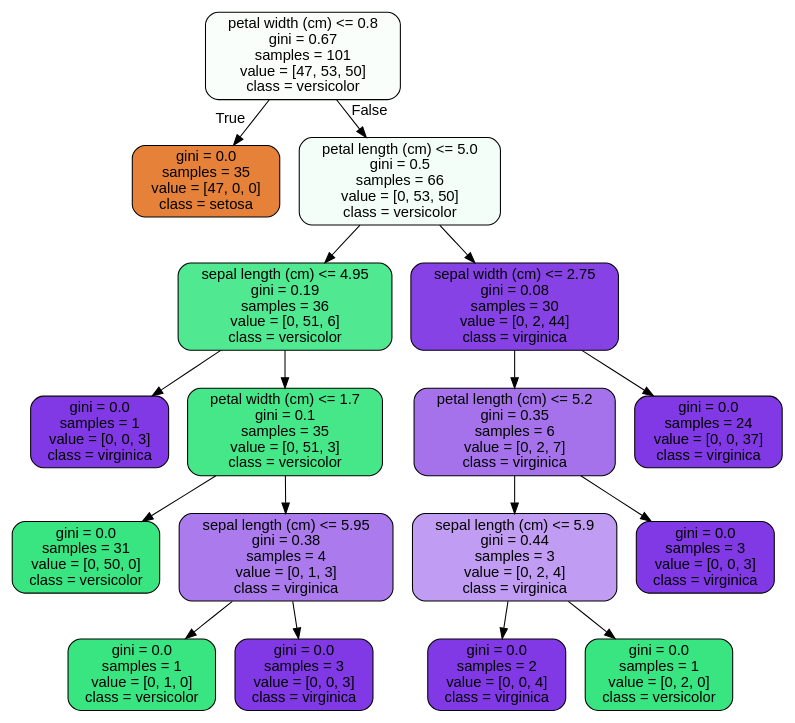
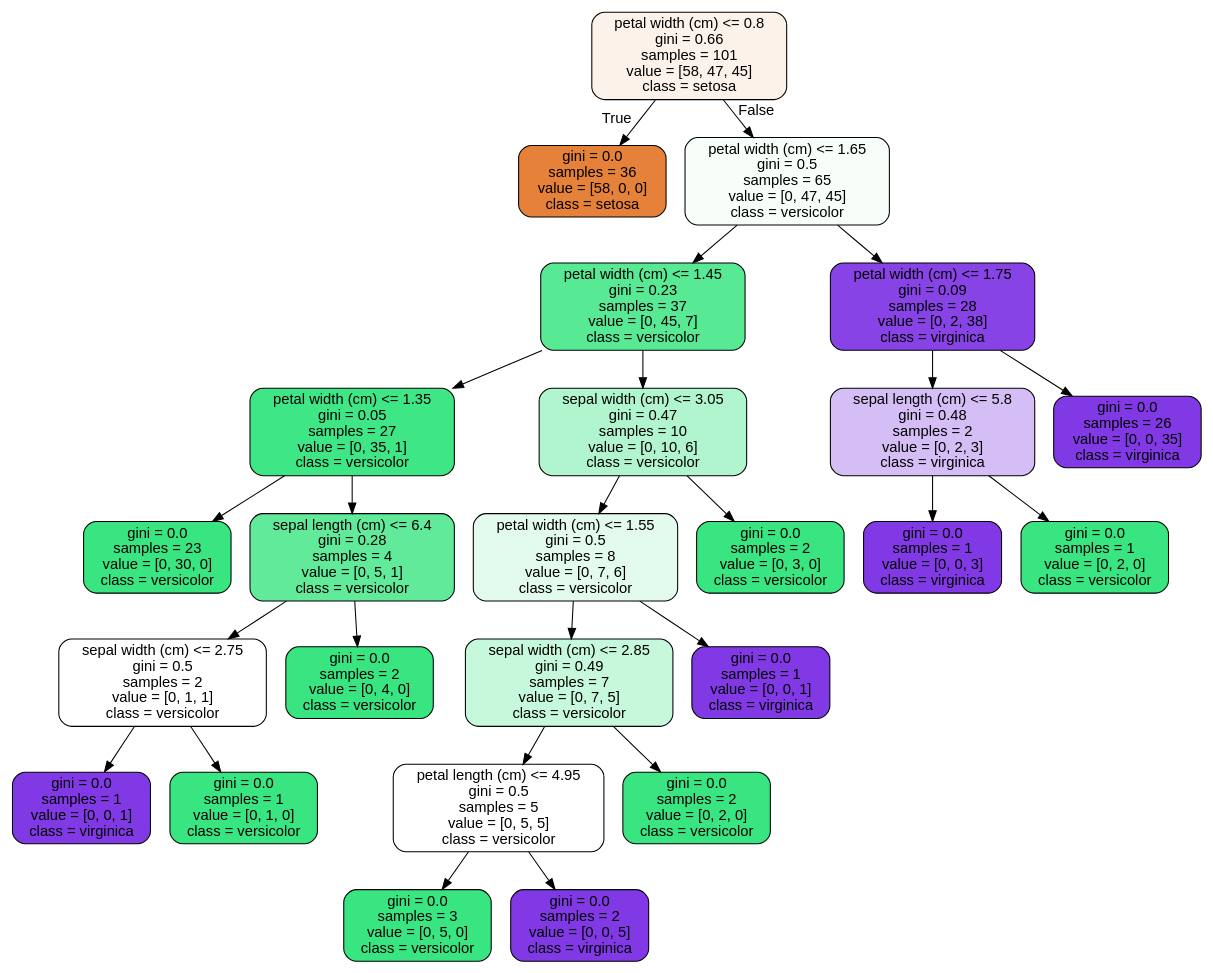
One commit to Dylan-C-Neal/Springboard-Data-Science-Career-Track changed the diagram in RandomForest Covid Case Study_06302020/tree.dot. Above: the diagram before and after it, drawn with Graphviz. The commit also changed 2 other files, not shown here.

```diff
--- a/RandomForest Covid Case Study_06302020/tree.dot
+++ b/RandomForest Covid Case Study_06302020/tree.dot
@@ -1,37 +1,53 @@
 digraph Tree {
 node [shape=box, style="filled, rounded", color="black", fontname=helvetica] ;
 edge [fontname=helvetica] ;
-0 [label="petal width (cm) <= 0.8\ngini = 0.67\nsamples = 101\nvalue = [47, 53, 50]\nclass = versicolor", fillcolor="#f9fefb"] ;
-1 [label="gini = 0.0\nsamples = 35\nvalue = [47, 0, 0]\nclass = setosa", fillcolor="#e58139"] ;
+0 [label="petal width (cm) <= 0.8\ngini = 0.66\nsamples = 101\nvalue = [58, 47, 45]\nclass = setosa", fillcolor="#fcf2ea"] ;
+1 [label="gini = 0.0\nsamples = 36\nvalue = [58, 0, 0]\nclass = setosa", fillcolor="#e58139"] ;
 0 -> 1 [labeldistance=2.5, labelangle=45, headlabel="True"] ;
-2 [label="petal length (cm) <= 5.0\ngini = 0.5\nsamples = 66\nvalue = [0, 53, 50]\nclass = versicolor", fillcolor="#f4fef8"] ;
+2 [label="petal width (cm) <= 1.65\ngini = 0.5\nsamples = 65\nvalue = [0, 47, 45]\nclass = versicolor", fillcolor="#f7fefa"] ;
 0 -> 2 [labeldistance=2.5, labelangle=-45, headlabel="False"] ;
-3 [label="sepal length (cm) <= 4.95\ngini = 0.19\nsamples = 36\nvalue = [0, 51, 6]\nclass = versicolor", fillcolor="#50e890"] ;
+3 [label="petal width (cm) <= 1.45\ngini = 0.23\nsamples = 37\nvalue = [0, 45, 7]\nclass = versicolor", fillcolor="#58e995"] ;
 2 -> 3 ;
-4 [label="gini = 0.0\nsamples = 1\nvalue = [0, 0, 3]\nclass = virginica", fillcolor="#8139e5"] ;
+4 [label="petal width (cm) <= 1.35\ngini = 0.05\nsamples = 27\nvalue = [0, 35, 1]\nclass = versicolor", fillcolor="#3fe685"] ;
 3 -> 4 ;
-5 [label="petal width (cm) <= 1.7\ngini = 0.1\nsamples = 35\nvalue = [0, 51, 3]\nclass = versicolor", fillcolor="#45e788"] ;
-3 -> 5 ;
-6 [label="gini = 0.0\nsamples = 31\nvalue = [0, 50, 0]\nclass = versicolor", fillcolor="#39e581"] ;
-5 -> 6 ;
-7 [label="sepal length (cm) <= 5.95\ngini = 0.38\nsamples = 4\nvalue = [0, 1, 3]\nclass = virginica", fillcolor="#ab7bee"] ;
-5 -> 7 ;
-8 [label="gini = 0.0\nsamples = 1\nvalue = [0, 1, 0]\nclass = versicolor", fillcolor="#39e581"] ;
+5 [label="gini = 0.0\nsamples = 23\nvalue = [0, 30, 0]\nclass = versicolor", fillcolor="#39e581"] ;
+4 -> 5 ;
+6 [label="sepal length (cm) <= 6.4\ngini = 0.28\nsamples = 4\nvalue = [0, 5, 1]\nclass = versicolor", fillcolor="#61ea9a"] ;
+4 -> 6 ;
+7 [label="sepal width (cm) <= 2.75\ngini = 0.5\nsamples = 2\nvalue = [0, 1, 1]\nclass = versicolor", fillcolor="#ffffff"] ;
+6 -> 7 ;
+8 [label="gini = 0.0\nsamples = 1\nvalue = [0, 0, 1]\nclass = virginica", fillcolor="#8139e5"] ;
 7 -> 8 ;
-9 [label="gini = 0.0\nsamples = 3\nvalue = [0, 0, 3]\nclass = virginica", fillcolor="#8139e5"] ;
+9 [label="gini = 0.0\nsamples = 1\nvalue = [0, 1, 0]\nclass = versicolor", fillcolor="#39e581"] ;
 7 -> 9 ;
-10 [label="sepal width (cm) <= 2.75\ngini = 0.08\nsamples = 30\nvalue = [0, 2, 44]\nclass = virginica", fillcolor="#8742e6"] ;
-2 -> 10 ;
-11 [label="petal length (cm) <= 5.2\ngini = 0.35\nsamples = 6\nvalue = [0, 2, 7]\nclass = virginica", fillcolor="#a572ec"] ;
-10 -> 11 ;
-12 [label="sepal length (cm) <= 5.9\ngini = 0.44\nsamples = 3\nvalue = [0, 2, 4]\nclass = virginica", fillcolor="#c09cf2"] ;
+10 [label="gini = 0.0\nsamples = 2\nvalue = [0, 4, 0]\nclass = versicolor", fillcolor="#39e581"] ;
+6 -> 10 ;
+11 [label="sepal width (cm) <= 3.05\ngini = 0.47\nsamples = 10\nvalue = [0, 10, 6]\nclass = versicolor", fillcolor="#b0f5cd"] ;
+3 -> 11 ;
+12 [label="petal width (cm) <= 1.55\ngini = 0.5\nsamples = 8\nvalue = [0, 7, 6]\nclass = versicolor", fillcolor="#e3fbed"] ;
 11 -> 12 ;
-13 [label="gini = 0.0\nsamples = 2\nvalue = [0, 0, 4]\nclass = virginica", fillcolor="#8139e5"] ;
+13 [label="sepal width (cm) <= 2.85\ngini = 0.49\nsamples = 7\nvalue = [0, 7, 5]\nclass = versicolor", fillcolor="#c6f8db"] ;
 12 -> 13 ;
-14 [label="gini = 0.0\nsamples = 1\nvalue = [0, 2, 0]\nclass = versicolor", fillcolor="#39e581"] ;
-12 -> 14 ;
-15 [label="gini = 0.0\nsamples = 3\nvalue = [0, 0, 3]\nclass = virginica", fillcolor="#8139e5"] ;
-11 -> 15 ;
-16 [label="gini = 0.0\nsamples = 24\nvalue = [0, 0, 37]\nclass = virginica", fillcolor="#8139e5"] ;
-10 -> 16 ;
+14 [label="petal length (cm) <= 4.95\ngini = 0.5\nsamples = 5\nvalue = [0, 5, 5]\nclass = versicolor", fillcolor="#ffffff"] ;
+13 -> 14 ;
+15 [label="gini = 0.0\nsamples = 3\nvalue = [0, 5, 0]\nclass = versicolor", fillcolor="#39e581"] ;
+14 -> 15 ;
+16 [label="gini = 0.0\nsamples = 2\nvalue = [0, 0, 5]\nclass = virginica", fillcolor="#8139e5"] ;
+14 -> 16 ;
+17 [label="gini = 0.0\nsamples = 2\nvalue = [0, 2, 0]\nclass = versicolor", fillcolor="#39e581"] ;
+13 -> 17 ;
+18 [label="gini = 0.0\nsamples = 1\nvalue = [0, 0, 1]\nclass = virginica", fillcolor="#8139e5"] ;
+12 -> 18 ;
+19 [label="gini = 0.0\nsamples = 2\nvalue = [0, 3, 0]\nclass = versicolor", fillcolor="#39e581"] ;
+11 -> 19 ;
+20 [label="petal width (cm) <= 1.75\ngini = 0.09\nsamples = 28\nvalue = [0, 2, 38]\nclass = virginica", fillcolor="#8843e6"] ;
+2 -> 20 ;
+21 [label="sepal length (cm) <= 5.8\ngini = 0.48\nsamples = 2\nvalue = [0, 2, 3]\nclass = virginica", fillcolor="#d5bdf6"] ;
+20 -> 21 ;
+22 [label="gini = 0.0\nsamples = 1\nvalue = [0, 0, 3]\nclass = virginica", fillcolor="#8139e5"] ;
+21 -> 22 ;
+23 [label="gini = 0.0\nsamples = 1\nvalue = [0, 2, 0]\nclass = versicolor", fillcolor="#39e581"] ;
+21 -> 23 ;
+24 [label="gini = 0.0\nsamples = 26\nvalue = [0, 0, 35]\nclass = virginica", fillcolor="#8139e5"] ;
+20 -> 24 ;
 }
```
